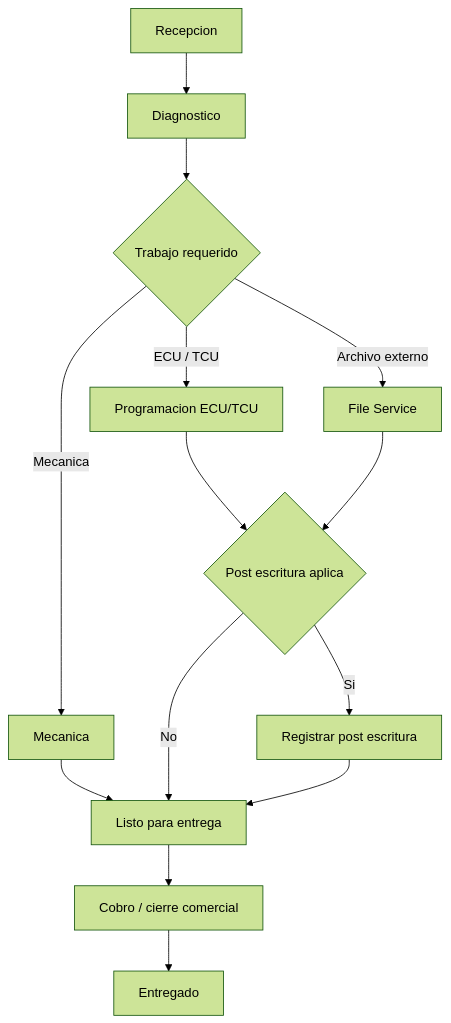
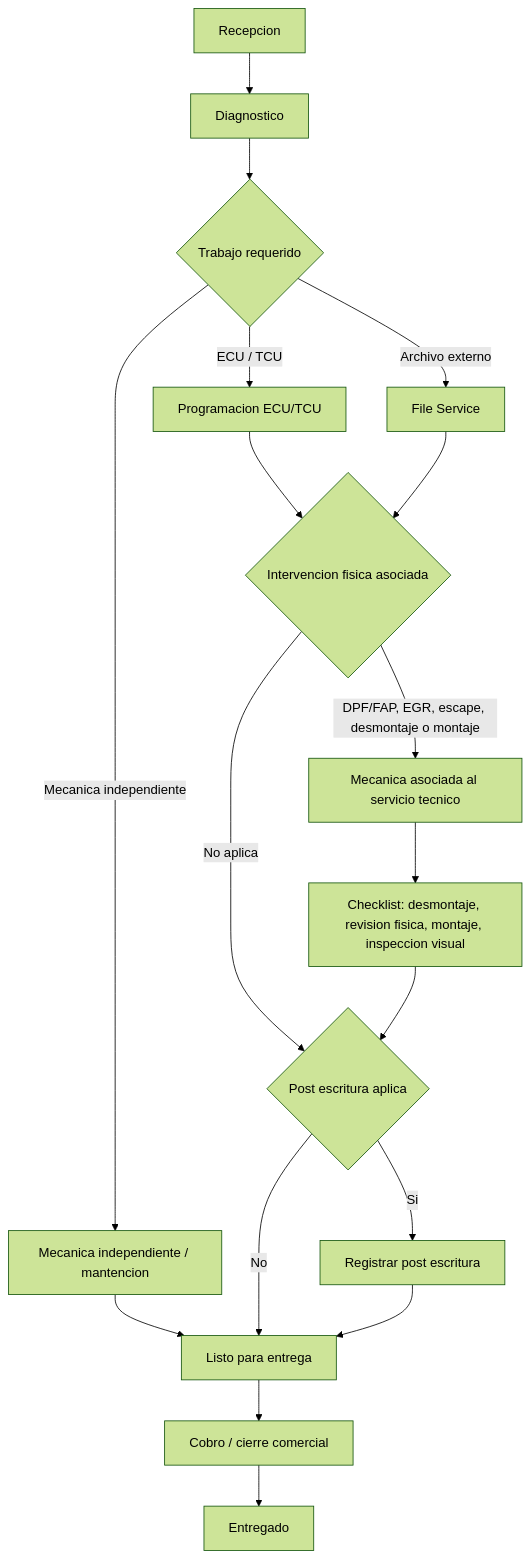
The fourth of 10 diagrams in docs/DIAGRAMA_FLUJO_GMTCH_TUNE_OS.md (gastonmunoz-glitch/gmtch-tune), drawn with Mermaid (forest theme) before and after one commit. The commit also changed other lines of this file and 5 other files, not shown here.

Commit message:
ajustar flujo mecanica asociada e independiente

````diff
--- a/docs/DIAGRAMA_FLUJO_GMTCH_TUNE_OS.md
+++ b/docs/DIAGRAMA_FLUJO_GMTCH_TUNE_OS.md
@@ -61,16 +61,20 @@
 ```mermaid
 flowchart TD
   A["Recepcion"] --> B["Diagnostico"]
   B --> C{"Trabajo requerido"}
   C -->|ECU / TCU| D["Programacion ECU/TCU"]
-  C -->|Mecanica| E["Mecanica"]
+  C -->|Mecanica independiente| E["Mecanica independiente / mantencion"]
   C -->|Archivo externo| F["File Service"]
-  D --> G{"Post escritura aplica"}
-  F --> G
+  D --> X{"Intervencion fisica asociada"}
+  F --> X
+  X -->|DPF/FAP, EGR, escape, desmontaje o montaje| Y["Mecanica asociada al servicio tecnico"]
+  X -->|No aplica| G{"Post escritura aplica"}
+  Y --> Z["Checklist: desmontaje, revision fisica, montaje, inspeccion visual"]
+  Z --> G
   E --> H["Listo para entrega"]
   G -->|Si| I["Registrar post escritura"]
   G -->|No| H
   I --> H
   H --> J["Cobro / cierre comercial"]
   J --> K["Entregado"]
 ```
````
